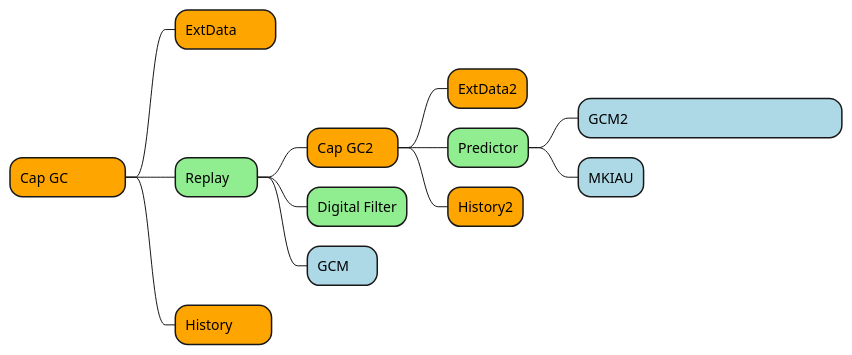
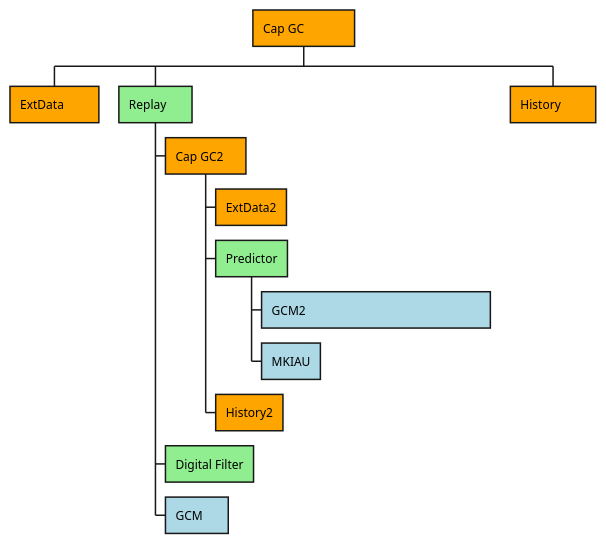
Before and after one commit to JulesKouatchou/sample_flowcharts: the diagram in sample.iuml, drawn with PlantUML.

```diff
--- a/sample.iuml
+++ b/sample.iuml
@@ -1,14 +1,14 @@
-@startmindmap                  
+@startwbs                  
 *[#Orange] Cap GC             
 **[#Orange] ExtData        
 **[#lightgreen] Replay     
 ***[#Orange] Cap GC2    
 ****[#Orange] ExtData2
 ****[#lightgreen] Predictor
 *****[#lightblue] GCM2                                                        
 *****[#lightblue] MKIAU
 ****[#Orange] History2
 ***[#lightgreen] Digital Filter
 ***[#lightblue] GCM     
 **[#Orange] History        
-@endmindmap
+@endwbs
```
